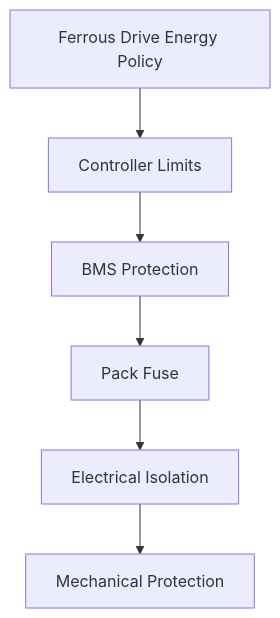
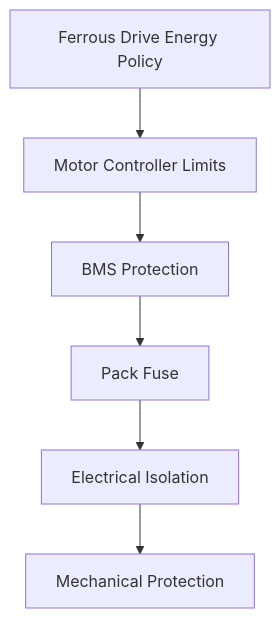
Before and after one commit to tspreck/ferrous-drive: the fifth of 5 diagrams in docs/battery_design.md, drawn with Mermaid. The commit also changed other lines of this file and 2 other files, not shown here.

````diff
--- a/docs/battery_design.md
+++ b/docs/battery_design.md
@@ -747,15 +646,15 @@
 ```mermaid
 flowchart TD
-    Policy["Ferrous Drive Energy Policy"]
-    Controller["Controller Limits"]
-    BMS["BMS Protection"]
-    Fuse["Pack Fuse"]
-    Isolation["Electrical Isolation"]
-    Mechanical["Mechanical Protection"]
+    Policy[Ferrous Drive Energy Policy]
+    Controller[Motor Controller Limits]
+    BMS[BMS Protection]
+    Fuse[Pack Fuse]
+    Isolation[Electrical Isolation]
+    Mechanical[Mechanical Protection]
 
     Policy --> Controller
     Controller --> BMS
     BMS --> Fuse
     Fuse --> Isolation
     Isolation --> Mechanical
 ```
````
